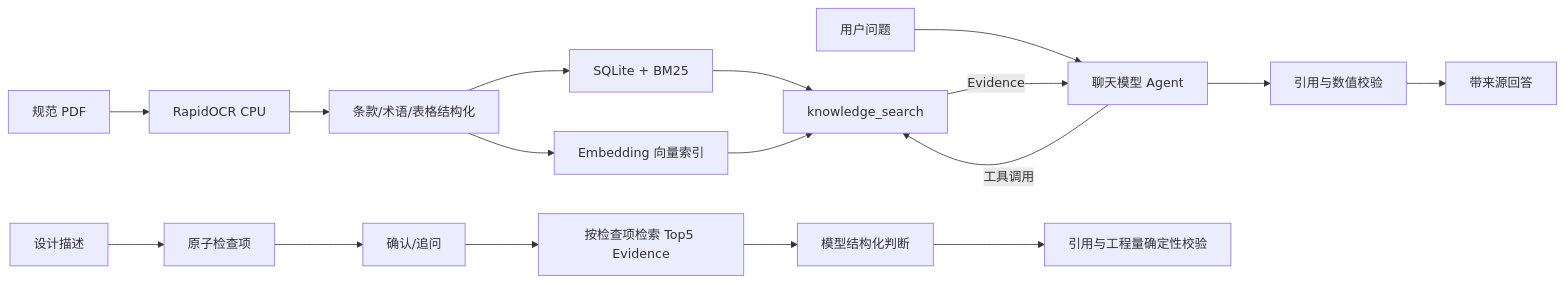
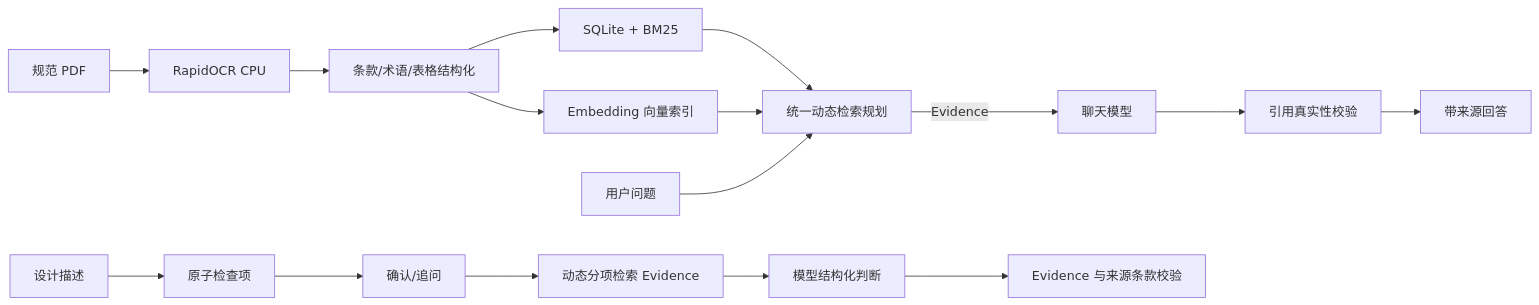
Before and after one commit to jiumiu3/Rag-Q-A: the diagram in README.md, drawn with Mermaid. The commit also changed other lines of this file and 18 other files, not shown here.

````diff
--- a/README.md
+++ b/README.md
@@ -65,19 +60,18 @@
 ```mermaid
 flowchart LR
     PDF[规范 PDF] --> OCR[RapidOCR CPU]
     OCR --> STRUCT[条款/术语/表格结构化]
     STRUCT --> STORE[SQLite + BM25]
     STRUCT --> VECTOR[Embedding 向量索引]
-    STORE --> TOOL[knowledge_search]
-    VECTOR --> TOOL
-    USER[用户问题] --> AGENT[聊天模型 Agent]
-    AGENT -->|工具调用| TOOL
-    TOOL -->|Evidence| AGENT
-    AGENT --> VERIFY[引用与数值校验]
+    STORE --> ROUTER[统一动态检索规划]
+    VECTOR --> ROUTER
+    USER[用户问题] --> ROUTER
+    ROUTER -->|Evidence| AGENT[聊天模型]
+    AGENT --> VERIFY[引用真实性校验]
     VERIFY --> ANSWER[带来源回答]
     DESIGN[设计描述] --> ITEMS[原子检查项]
     ITEMS --> CONFIRM[确认/追问]
-    CONFIRM --> SEARCH[按检查项检索 Top5 Evidence]
+    CONFIRM --> SEARCH[动态分项检索 Evidence]
     SEARCH --> JUDGE[模型结构化判断]
-    JUDGE --> VALIDATE[引用与工程量确定性校验]
+    JUDGE --> VALIDATE[Evidence 与来源条款校验]
 ```
````
